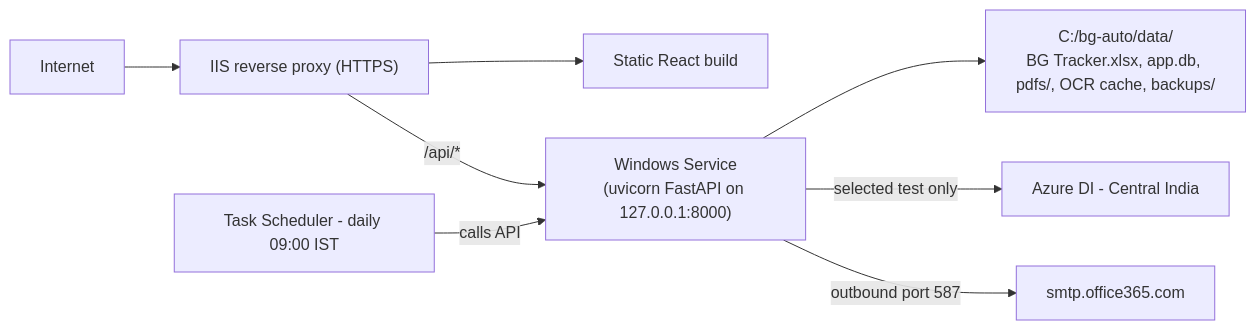
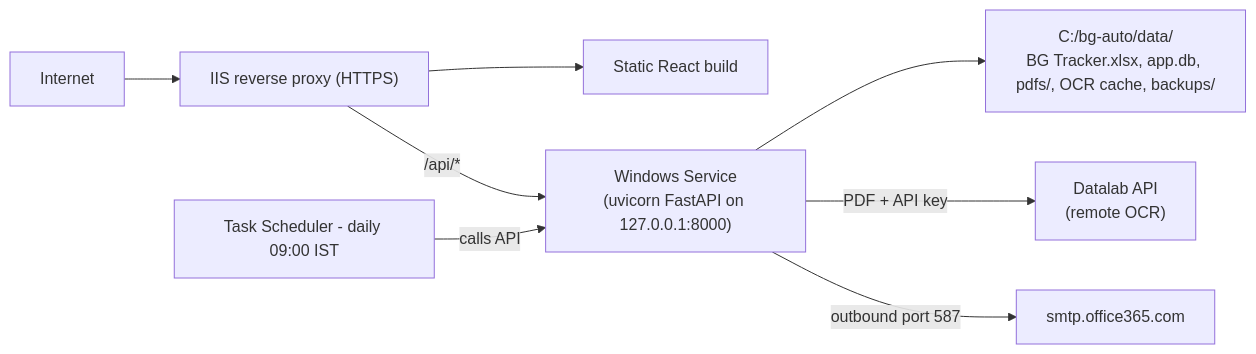
The third of 3 diagrams in plan/01-architecture.md (LaxmiKhilnani-nhit/Bank-Guarantee-Automation), drawn with Mermaid before and after one commit. The commit also changed other lines of this file and 22 other files, not shown here.

First line of the commit message:
Switch OCR to the Datalab API

````diff
--- a/plan/01-architecture.md
+++ b/plan/01-architecture.md
@@ -93,10 +91,10 @@
 ```mermaid
 flowchart LR
   Internet --> IIS["IIS reverse proxy (HTTPS)"]
   IIS --> FE["Static React build"]
   IIS -->|"/api/*"| SVC["Windows Service\n(uvicorn FastAPI on 127.0.0.1:8000)"]
   SVC --> DATA["C:/bg-auto/data/\nBG Tracker.xlsx, app.db, pdfs/, OCR cache, backups/"]
-  SVC -->|selected test only| DIC["Azure DI - Central India"]
+  SVC -->|PDF + API key| DIC["Datalab API\n(remote OCR)"]
   SVC -->|outbound port 587| O365["smtp.office365.com"]
   TS["Task Scheduler - daily 09:00 IST"] -->|calls API| SVC
 ```
````
